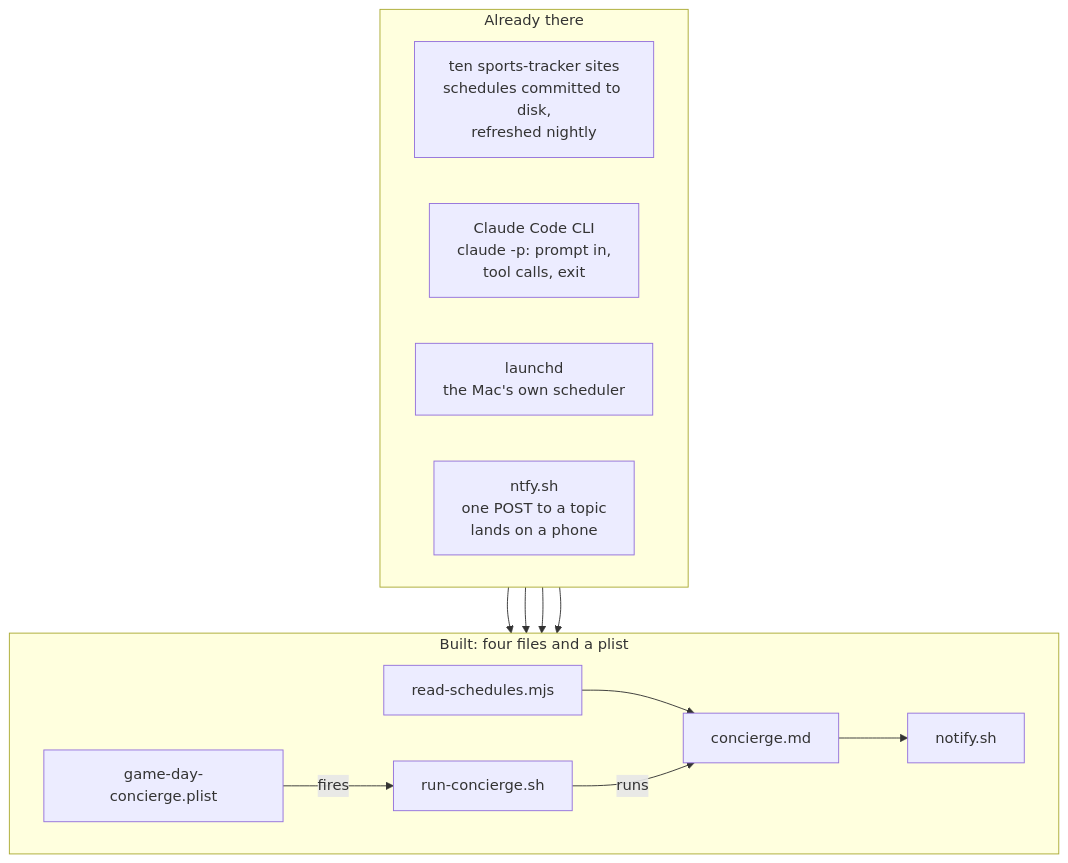
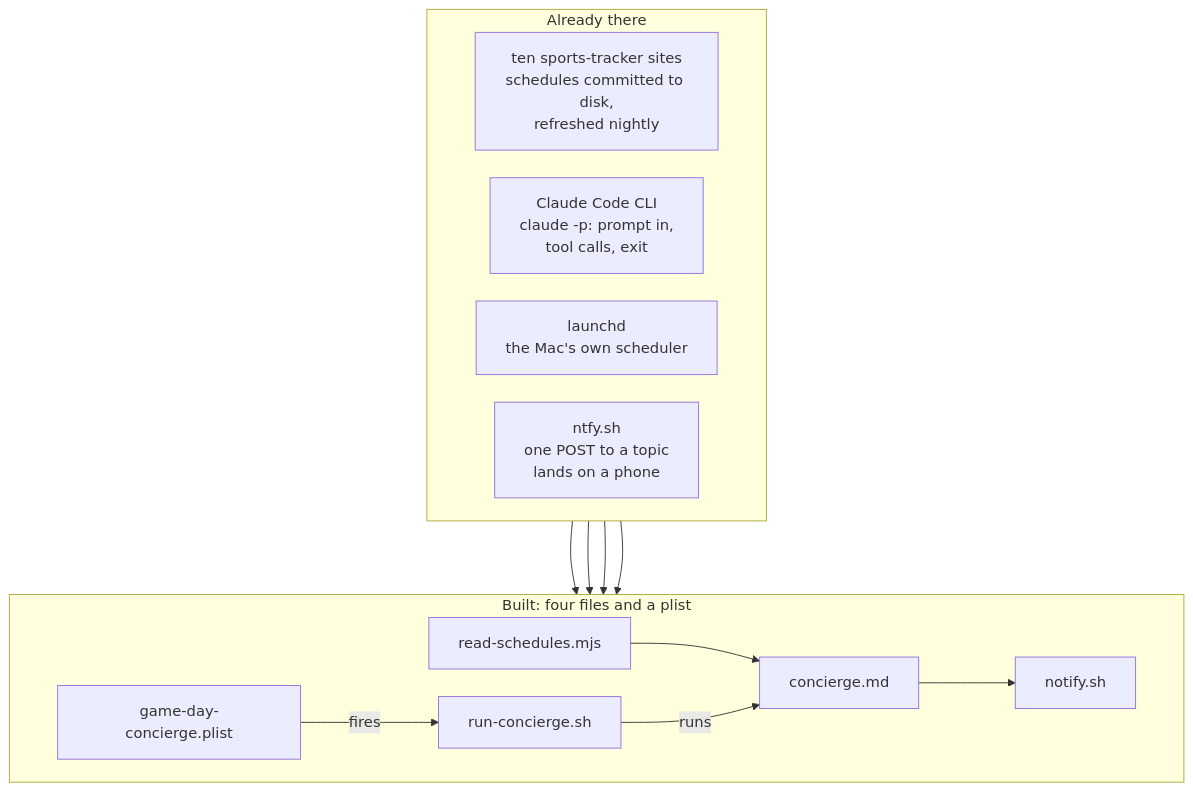
Before and after one commit to ismayc/never-miss-a-game: the first of 2 diagrams in HOW-IT-FITS-TOGETHER.md, drawn with Mermaid. The commit also changed other lines of this file and 5 other files, not shown here.

````diff
--- a/HOW-IT-FITS-TOGETHER.md
+++ b/HOW-IT-FITS-TOGETHER.md
@@ -7,25 +7,26 @@
 ```mermaid
+%%{init: {"flowchart": {"nodeSpacing": 30, "rankSpacing": 80, "padding": 16}}}%%
 flowchart TB
     subgraph had["Already there"]
         direction LR
         h1["ten sports-tracker sites<br/>schedules committed to disk,<br/>refreshed nightly"]
         h2["Claude Code CLI<br/>claude -p: prompt in,<br/>tool calls, exit"]
         h3["launchd<br/>the Mac's own scheduler"]
         h4["ntfy.sh<br/>one POST to a topic<br/>lands on a phone"]
     end
     subgraph built["Built: four files and a plist"]
         direction LR
         b1["read-schedules.mjs"]
         b2["concierge.md"]
         b3["notify.sh"]
         b4["run-concierge.sh"]
         b5["game-day-concierge.plist"]
     end
     h1 --> b1
     h2 --> b4
     h3 --> b5
     h4 --> b3
     b1 --> b2 --> b3
     b4 -- "runs" --> b2
     b5 -- "fires" --> b4
 ```
````
